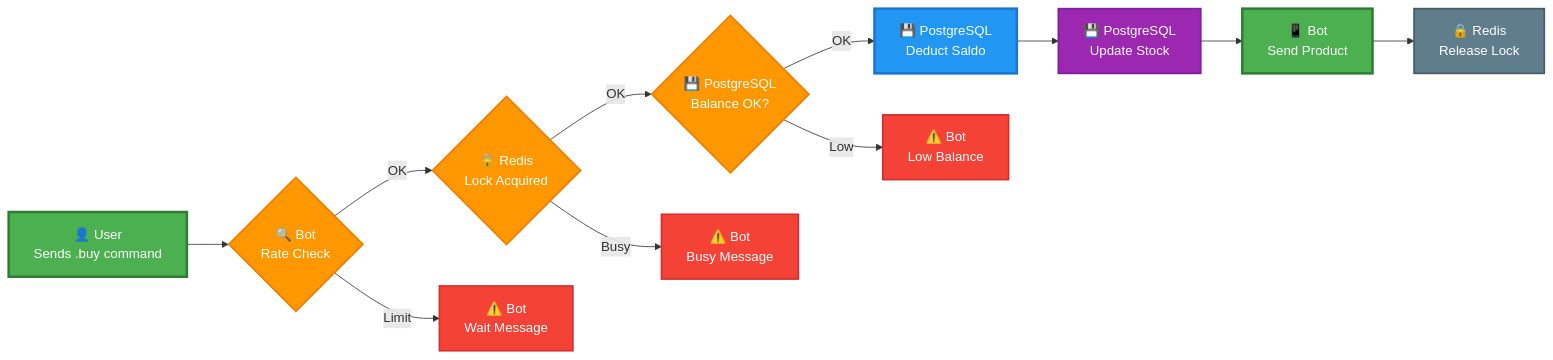
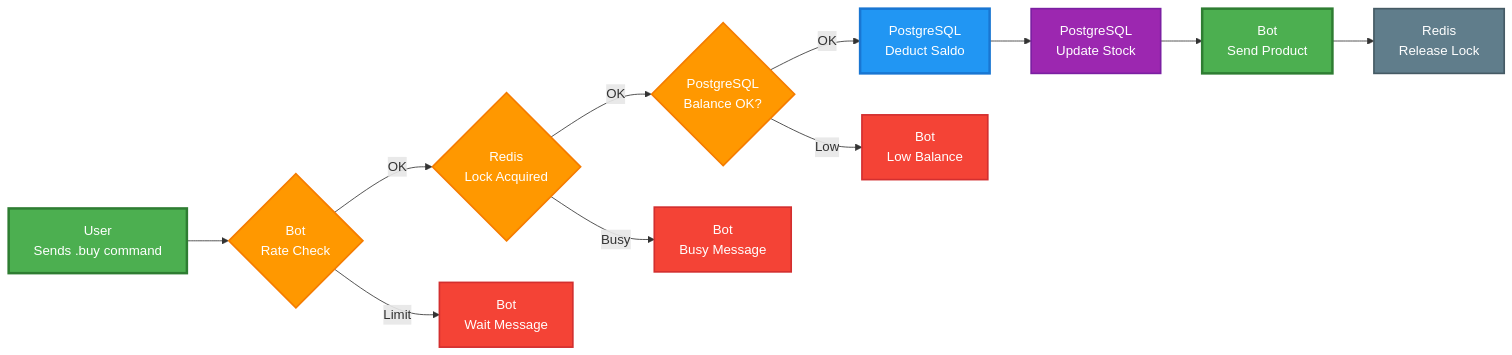
Before and after one commit to nicolaananda/bot-wa: the second of 3 diagrams in README.md, drawn with Mermaid. The commit also changed other lines of this file, not shown here.

First line of the commit message:
🧹 Remove emoji icons from payment flow diagrams

````diff
--- a/README.md
+++ b/README.md
@@ -147,25 +147,25 @@
 ```mermaid
 flowchart LR
-    A["👤 User<br/>Sends .buy command"] --> B{"🔍 Bot<br/>Rate Check"}
-    B -->|"OK"| C{"🔒 Redis<br/>Lock Acquired"}
-    B -->|"Limit"| D["⚠️ Bot<br/>Wait Message"]
-    C -->|"OK"| E{"💾 PostgreSQL<br/>Balance OK?"}
-    C -->|"Busy"| F["⚠️ Bot<br/>Busy Message"]
-    E -->|"OK"| G["💾 PostgreSQL<br/>Deduct Saldo"]
-    E -->|"Low"| H["⚠️ Bot<br/>Low Balance"]
-    G --> I["💾 PostgreSQL<br/>Update Stock"]
-    I --> J["📱 Bot<br/>Send Product"]
-    J --> K["🔒 Redis<br/>Release Lock"]
+    A["User<br/>Sends .buy command"] --> B{"Bot<br/>Rate Check"}
+    B -->|"OK"| C{"Redis<br/>Lock Acquired"}
+    B -->|"Limit"| D["Bot<br/>Wait Message"]
+    C -->|"OK"| E{"PostgreSQL<br/>Balance OK?"}
+    C -->|"Busy"| F["Bot<br/>Busy Message"]
+    E -->|"OK"| G["PostgreSQL<br/>Deduct Saldo"]
+    E -->|"Low"| H["Bot<br/>Low Balance"]
+    G --> I["PostgreSQL<br/>Update Stock"]
+    I --> J["Bot<br/>Send Product"]
+    J --> K["Redis<br/>Release Lock"]
     
     style A fill:#4CAF50,stroke:#2E7D32,stroke-width:3px,color:#fff
     style B fill:#FF9800,stroke:#F57C00,stroke-width:2px,color:#fff
     style C fill:#FF9800,stroke:#F57C00,stroke-width:2px,color:#fff
     style D fill:#F44336,stroke:#D32F2F,stroke-width:2px,color:#fff
     style E fill:#FF9800,stroke:#F57C00,stroke-width:2px,color:#fff
     style F fill:#F44336,stroke:#D32F2F,stroke-width:2px,color:#fff
     style G fill:#2196F3,stroke:#1976D2,stroke-width:3px,color:#fff
     style H fill:#F44336,stroke:#D32F2F,stroke-width:2px,color:#fff
     style I fill:#9C27B0,stroke:#7B1FA2,stroke-width:2px,color:#fff
     style J fill:#4CAF50,stroke:#2E7D32,stroke-width:3px,color:#fff
     style K fill:#607D8B,stroke:#455A64,stroke-width:2px,color:#fff
 ```
````
